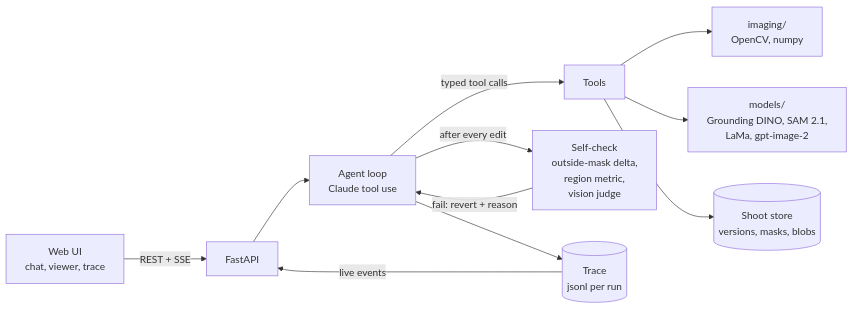
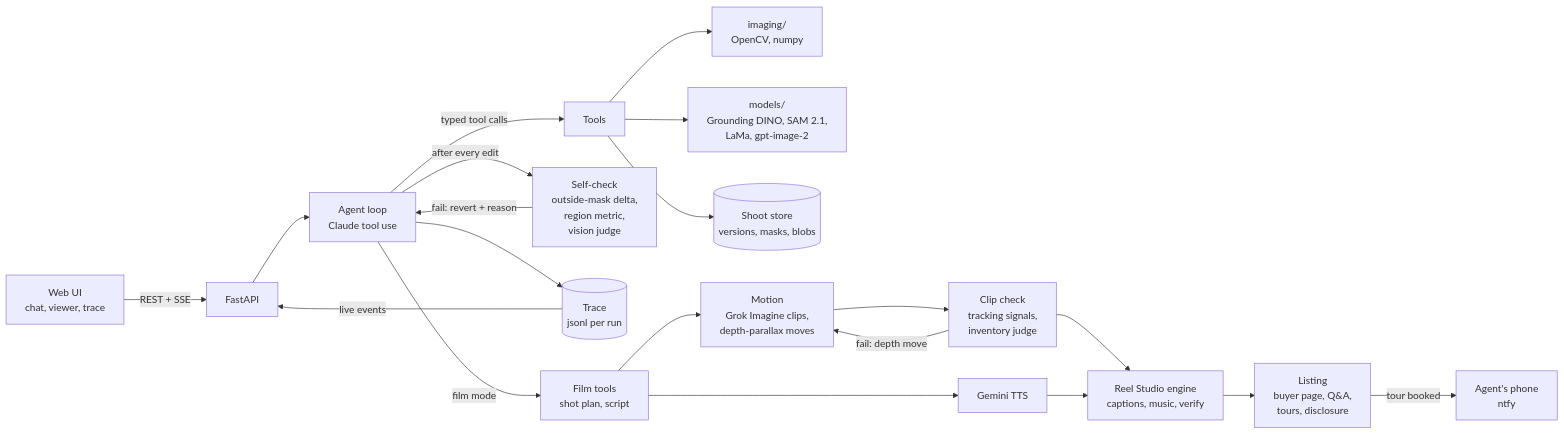
The diagram in README.md (SamGu-NRX/shootagent), drawn with Mermaid before and after one commit. The commit also changed other lines of this file and 26 other files, not shown here.

````diff
--- a/README.md
+++ b/README.md
@@ -211,13 +257,22 @@
 ```mermaid
 flowchart LR
   UI["Web UI<br/>chat, viewer, trace"] -- REST + SSE --> API["FastAPI"]
   API --> Loop["Agent loop<br/>Claude tool use"]
   Loop -- typed tool calls --> Tools["Tools"]
   Tools --> Imaging["imaging/<br/>OpenCV, numpy"]
   Tools --> Models["models/<br/>Grounding DINO, SAM 2.1,<br/>LaMa, gpt-image-2"]
   Loop -- after every edit --> Check["Self-check<br/>outside-mask delta,<br/>region metric,<br/>vision judge"]
   Check -- fail: revert + reason --> Loop
   Tools --> Store[("Shoot store<br/>versions, masks, blobs")]
   Loop --> Trace[("Trace<br/>jsonl per run")]
   Trace -- live events --> API
+  Loop -- film mode --> Film["Film tools<br/>shot plan, script"]
+  Film --> Motion["Motion<br/>Grok Imagine clips,<br/>depth-parallax moves"]
+  Motion --> ClipCheck["Clip check<br/>tracking signals,<br/>inventory judge"]
+  ClipCheck -- fail: depth move --> Motion
+  Film --> Voice["Gemini TTS"]
+  ClipCheck --> Engine["Reel Studio engine<br/>captions, music, verify"]
+  Voice --> Engine
+  Engine --> Listing["Listing<br/>buyer page, Q&A,<br/>tours, disclosure"]
+  Listing -- tour booked --> Phone["Agent's phone<br/>ntfy"]
 ```
````
